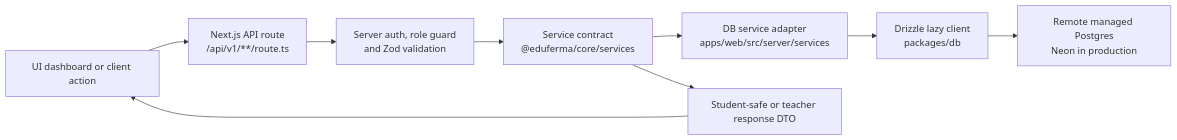
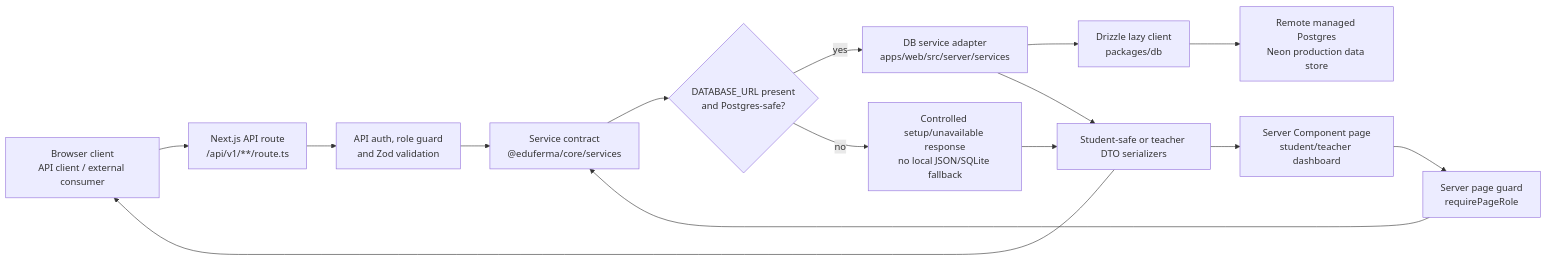
One commit to lkeey/EduFerma changed the first of 2 diagrams in README.md. Above: the diagram before and after it, drawn with Mermaid. The commit also changed other lines of this file and 42 other files, not shown here.

First line of the commit message:
Integrate API contract, remote DB checks and Telegram entrypoints (#55)

````diff
--- a/README.md
+++ b/README.md
@@ -48,11 +56,17 @@
 ```mermaid
 flowchart LR
-  UI["UI dashboard or client action"] --> Route["Next.js API route<br/>/api/v1/**/route.ts"]
-  Route --> Guard["Server auth, role guard<br/>and Zod validation"]
+  Browser["Browser client<br/>API client / external consumer"] --> Route["Next.js API route<br/>/api/v1/**/route.ts"]
+  ServerPage["Server Component page<br/>student/teacher dashboard"] --> PageGuard["Server page guard<br/>requirePageRole"]
+  Route --> Guard["API auth, role guard<br/>and Zod validation"]
+  PageGuard --> Services["Service contract<br/>@eduferma/core/services"]
   Guard --> Services["Service contract<br/>@eduferma/core/services"]
-  Services --> DbServices["DB service adapter<br/>apps/web/src/server/services"]
+  Services --> DbUrl{"DATABASE_URL present<br/>and Postgres-safe?"}
+  DbUrl -- "yes" --> DbServices["DB service adapter<br/>apps/web/src/server/services"]
   DbServices --> Drizzle["Drizzle lazy client<br/>packages/db"]
-  Drizzle --> Neon["Remote managed Postgres<br/>Neon in production"]
-  Services --> Response["Student-safe or teacher response DTO"]
-  Response --> UI
+  Drizzle --> Neon["Remote managed Postgres<br/>Neon production data store"]
+  DbUrl -- "no" --> Setup["Controlled setup/unavailable response<br/>no local JSON/SQLite fallback"]
+  DbServices --> Response["Student-safe or teacher DTO serializers"]
+  Setup --> Response
+  Response --> Browser
+  Response --> ServerPage
 ```
````
